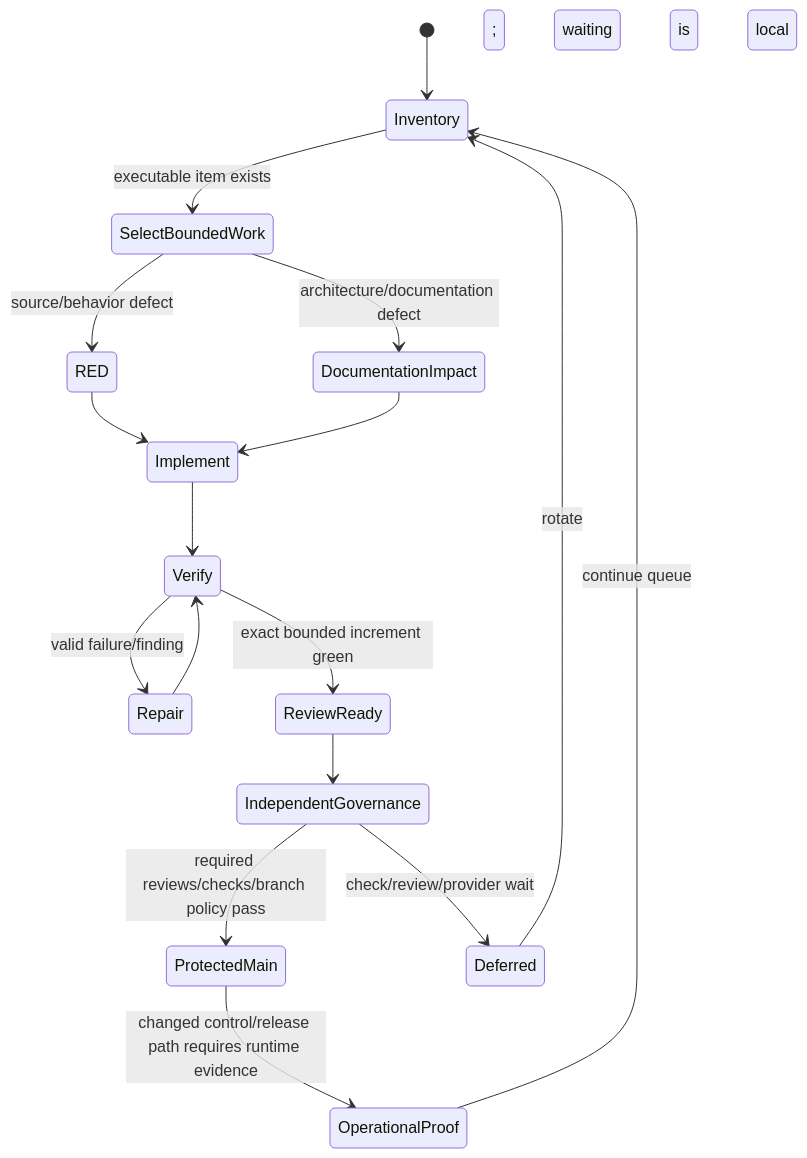
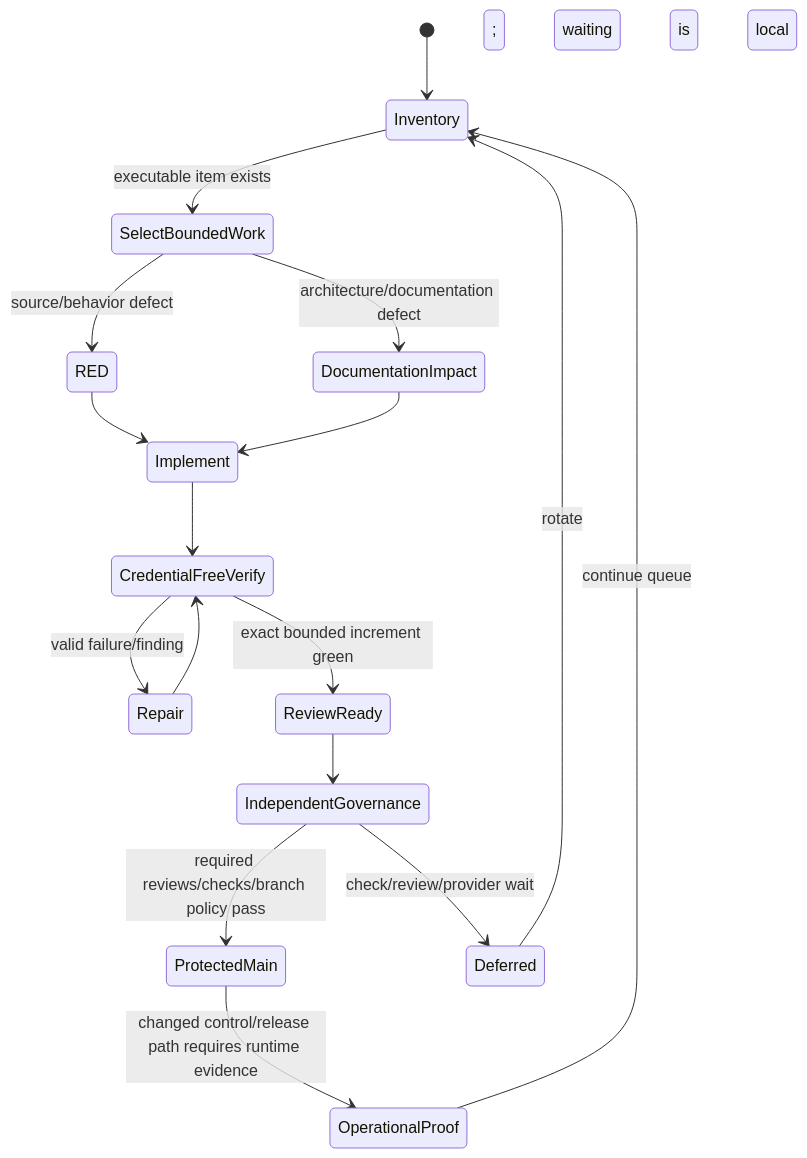
The fourth of 5 diagrams in docs/uml/governance-and-data.md (ContextualWisdomLab/four-pillars), drawn with Mermaid before and after one commit. The commit also changed other lines of this file, not shown here.

Commit message:
docs: synchronize UML with application ports

````diff
--- a/docs/uml/governance-and-data.md
+++ b/docs/uml/governance-and-data.md
@@ -100,19 +140,19 @@
 ```mermaid
 stateDiagram-v2
     [*] --> Inventory
     Inventory --> SelectBoundedWork: executable item exists
     SelectBoundedWork --> RED: source/behavior defect
     SelectBoundedWork --> DocumentationImpact: architecture/documentation defect
     RED --> Implement
     DocumentationImpact --> Implement
-    Implement --> Verify
-    Verify --> Repair: valid failure/finding
-    Repair --> Verify
-    Verify --> ReviewReady: exact bounded increment green
+    Implement --> CredentialFreeVerify
+    CredentialFreeVerify --> Repair: valid failure/finding
+    Repair --> CredentialFreeVerify
+    CredentialFreeVerify --> ReviewReady: exact bounded increment green
     ReviewReady --> IndependentGovernance
     IndependentGovernance --> ProtectedMain: required reviews/checks/branch policy pass
     IndependentGovernance --> Deferred: check/review/provider wait
     Deferred --> Inventory: rotate; waiting is local
     ProtectedMain --> OperationalProof: changed control/release path requires runtime evidence
     OperationalProof --> Inventory: continue queue
 ```
````
